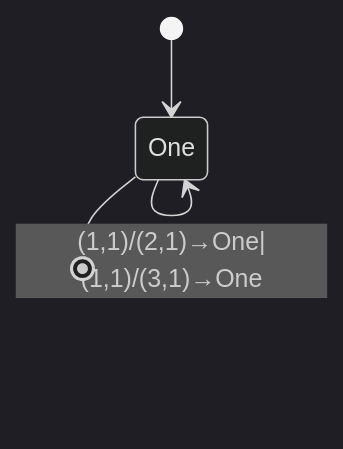
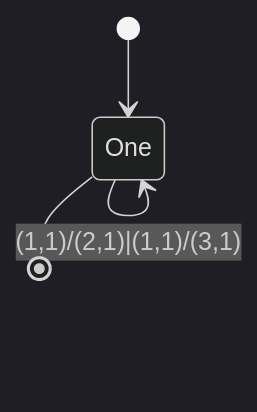
One commit to raganwald/raganwald.github.com changed the diagram in _posts/2020-05-03-fractran.md. Above: the diagram before and after it, drawn with Mermaid (dark theme). The commit also changed other lines of this file, not shown here.

```diff
--- a/_posts/2020-05-03-fractran.md
+++ b/_posts/2020-05-03-fractran.md
@@ -318,6 +318,6 @@
 <div class="mermaid">
   stateDiagram
     [*] --> One
-    One --> One: (1,1)/(2,1)→One|(1,1)/(3,1)→One
+    One --> One: (1,1)/(2,1)|(1,1)/(3,1)
     One --> [*]
 </div>
```
